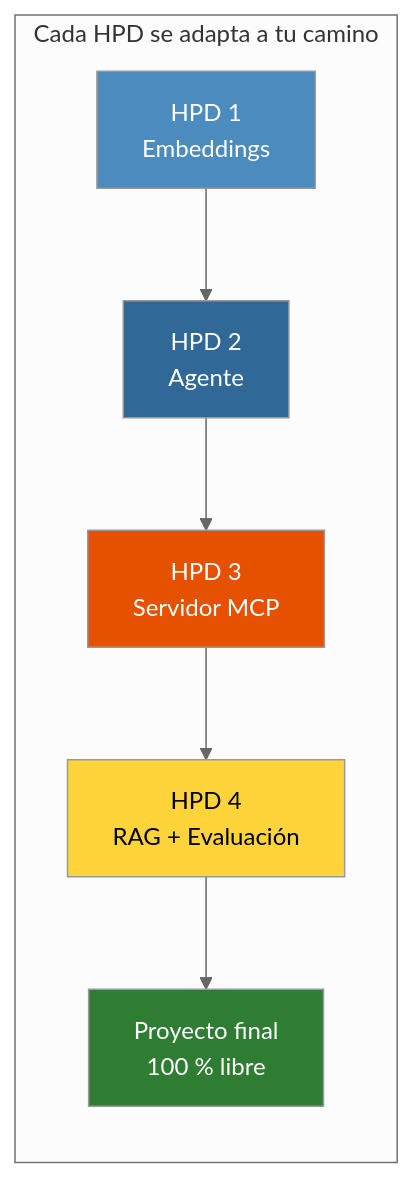
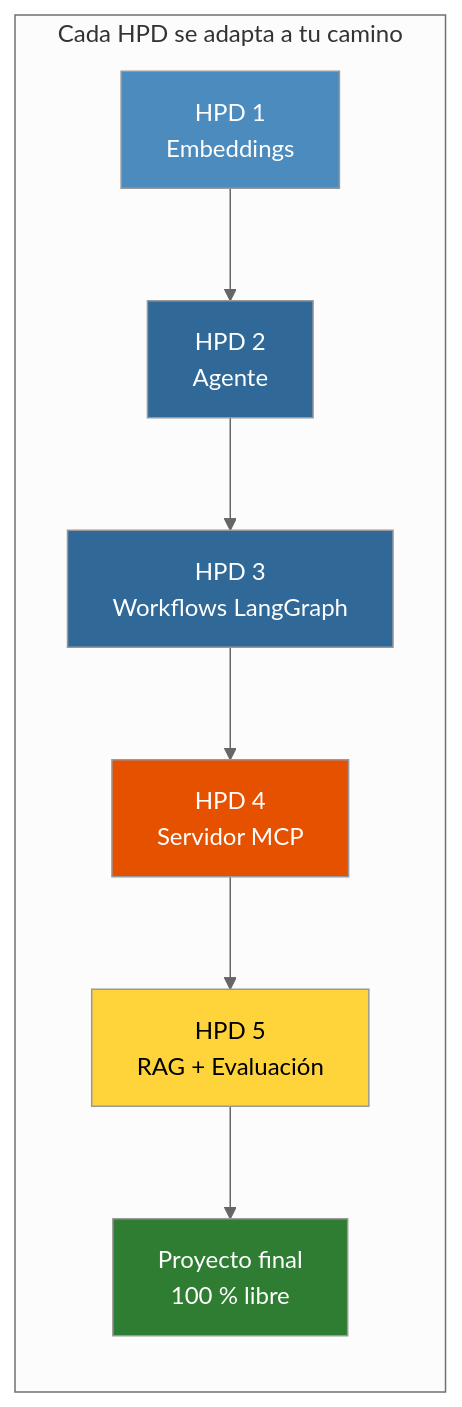
The diagram in evaluables/caminos.qmd (Adamychen/m10_quarto), drawn with Mermaid (neutral theme) before and after one commit. The commit also changed other lines of this file and 79 other files, not shown here.

````diff
--- a/evaluables/caminos.qmd
+++ b/evaluables/caminos.qmd
@@ -84,14 +84,16 @@
 ```{mermaid}
 graph LR
     subgraph "Cada HPD se adapta a tu camino"
         H1["HPD 1<br/>Embeddings"] --> H2["HPD 2<br/>Agente"]
-        H2 --> H3["HPD 3<br/>Servidor MCP"]
-        H3 --> H4["HPD 4<br/>RAG + Evaluación"]
-        H4 --> PF["Proyecto final<br/>100 % libre"]
+        H2 --> H3["HPD 3<br/>Workflows LangGraph"]
+        H3 --> H4["HPD 4<br/>Servidor MCP"]
+        H4 --> H5["HPD 5<br/>RAG + Evaluación"]
+        H5 --> PF["Proyecto final<br/>100 % libre"]
     end
     style H1 fill:#4B8BBE,color:#fff
     style H2 fill:#306998,color:#fff
-    style H3 fill:#e65100,color:#fff
-    style H4 fill:#FFD43B,color:#000
+    style H3 fill:#306998,color:#fff
+    style H4 fill:#e65100,color:#fff
+    style H5 fill:#FFD43B,color:#000
     style PF fill:#2e7d32,color:#fff
 ```
````
